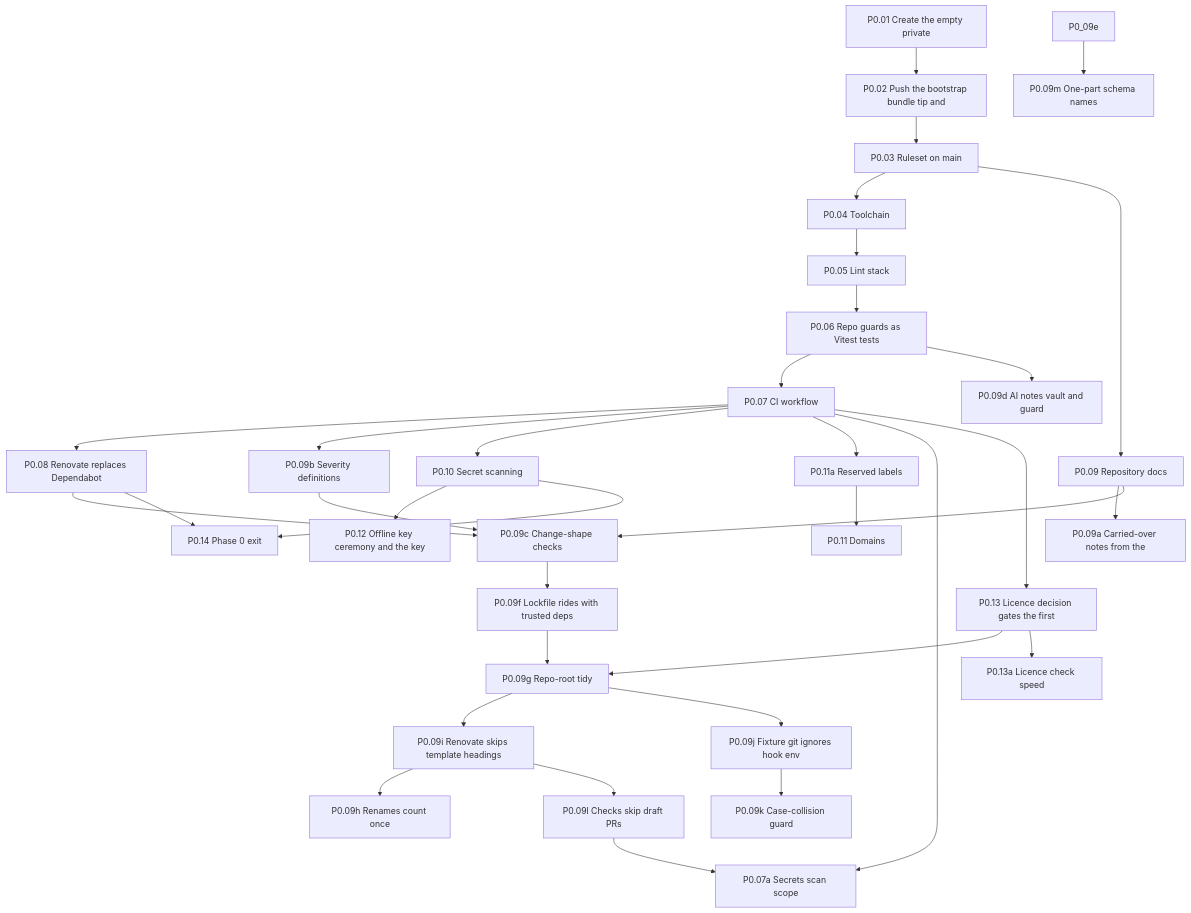
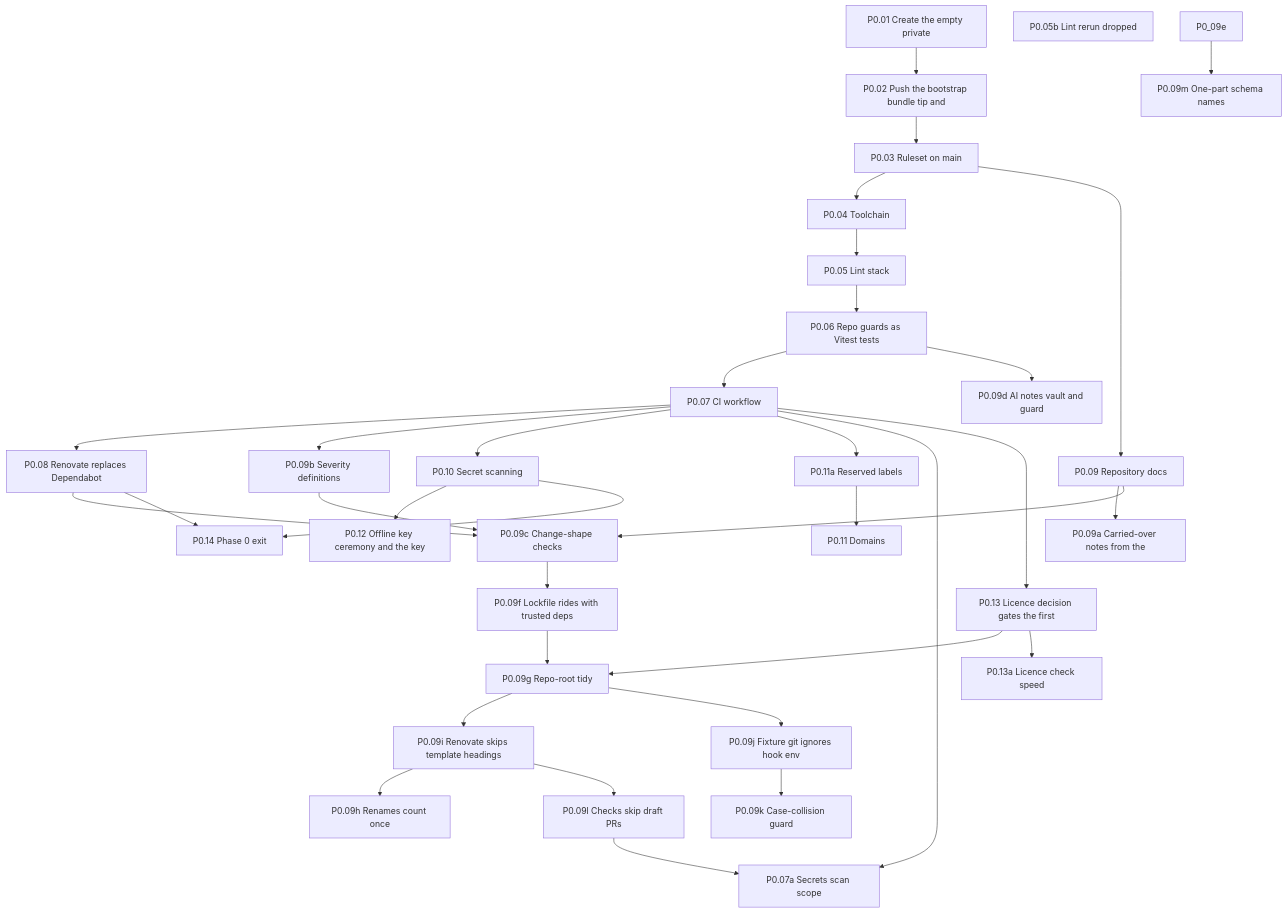
One commit to Undefined6799/unset changed the first of 11 diagrams in docs/ai/book/01-outline.md. Above: the diagram before and after it, drawn with Mermaid. The commit also changed other lines of this file and 2 other files, not shown here.

````diff
--- a/docs/ai/book/01-outline.md
+++ b/docs/ai/book/01-outline.md
@@ -60,65 +61,66 @@
 ```mermaid
 flowchart TD
   P0_01["P0.01 Create the empty private"]
   P0_02["P0.02 Push the bootstrap bundle tip and"]
   P0_03["P0.03 Ruleset on main"]
   P0_04["P0.04 Toolchain"]
   P0_05["P0.05 Lint stack"]
+  P0_05b["P0.05b Lint rerun dropped"]
   P0_06["P0.06 Repo guards as Vitest tests"]
   P0_07["P0.07 CI workflow"]
   P0_08["P0.08 Renovate replaces Dependabot"]
   P0_09["P0.09 Repository docs"]
   P0_09a["P0.09a Carried-over notes from the"]
   P0_09b["P0.09b Severity definitions"]
   P0_09c["P0.09c Change-shape checks"]
   P0_09d["P0.09d AI notes vault and guard"]
   P0_09f["P0.09f Lockfile rides with trusted deps"]
   P0_09g["P0.09g Repo-root tidy"]
   P0_09h["P0.09h Renames count once"]
   P0_09i["P0.09i Renovate skips template headings"]
   P0_09l["P0.09l Checks skip draft PRs"]
   P0_07a["P0.07a Secrets scan scope"]
   P0_09j["P0.09j Fixture git ignores hook env"]
   P0_09k["P0.09k Case-collision guard"]
   P0_09m["P0.09m One-part schema names"]
   P0_10["P0.10 Secret scanning"]
   P0_11a["P0.11a Reserved labels"]
   P0_11["P0.11 Domains"]
   P0_12["P0.12 Offline key ceremony and the key"]
   P0_13["P0.13 Licence decision gates the first"]
   P0_13a["P0.13a Licence check speed"]
   P0_14["P0.14 Phase 0 exit"]
   P0_01 --> P0_02
   P0_02 --> P0_03
   P0_03 --> P0_04
   P0_04 --> P0_05
   P0_05 --> P0_06
   P0_06 --> P0_07
   P0_07 --> P0_08
   P0_03 --> P0_09
   P0_09 --> P0_09a
   P0_07 --> P0_09b
   P0_08 --> P0_09c
   P0_09 --> P0_09c
   P0_09b --> P0_09c
   P0_06 --> P0_09d
   P0_09c --> P0_09f
   P0_09f --> P0_09g
   P0_13 --> P0_09g
   P0_09g --> P0_09i
   P0_09g --> P0_09j
   P0_09i --> P0_09h
   P0_09j --> P0_09k
   P0_09e --> P0_09m
   P0_09i --> P0_09l
   P0_07 --> P0_10
   P0_07 --> P0_11a
   P0_07 --> P0_07a
   P0_09l --> P0_07a
   P0_11a --> P0_11
   P0_10 --> P0_12
   P0_07 --> P0_13
   P0_13 --> P0_13a
   P0_08 --> P0_14
   P0_10 --> P0_14
 ```
````
